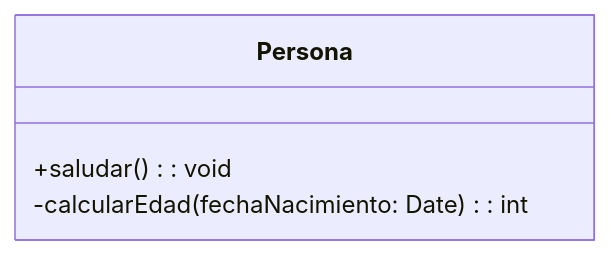
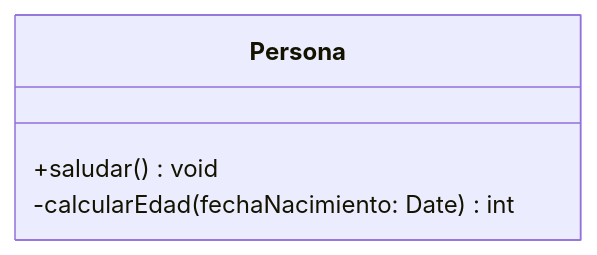
Before and after one commit to danielmartinan/entornos_desarrollo_2024-25: the third of 7 diagrams in UD4 - Introducción a POO, diagramas UML y diagramas de clases/ud04_2_notacion_uml_diagramas_clases.md, drawn with Mermaid. The commit also changed other lines of this file, not shown here.

````diff
--- a/UD4 - Introducción a POO, diagramas UML y diagramas de clases/ud04_2_notacion_uml_diagramas_clases.md
+++ b/UD4 - Introducción a POO, diagramas UML y diagramas de clases/ud04_2_notacion_uml_diagramas_clases.md
@@ -57,7 +57,7 @@
 ``` mermaid
 classDiagram
     class Persona {
-        +saludar(): void
-        -calcularEdad(fechaNacimiento: Date): int
+        +saludar() void
+        -calcularEdad(fechaNacimiento: Date) int
     }
 ```
````
